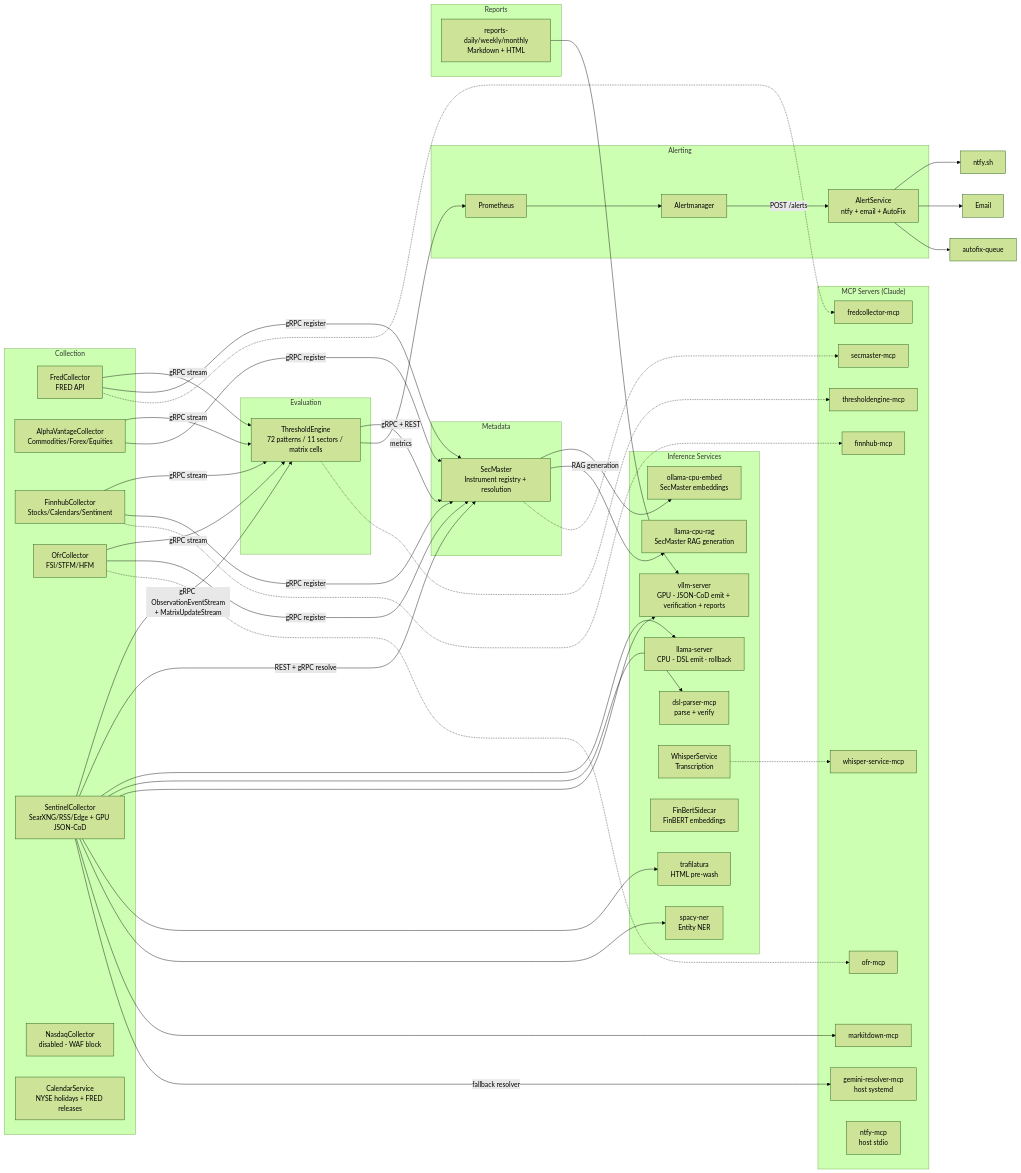
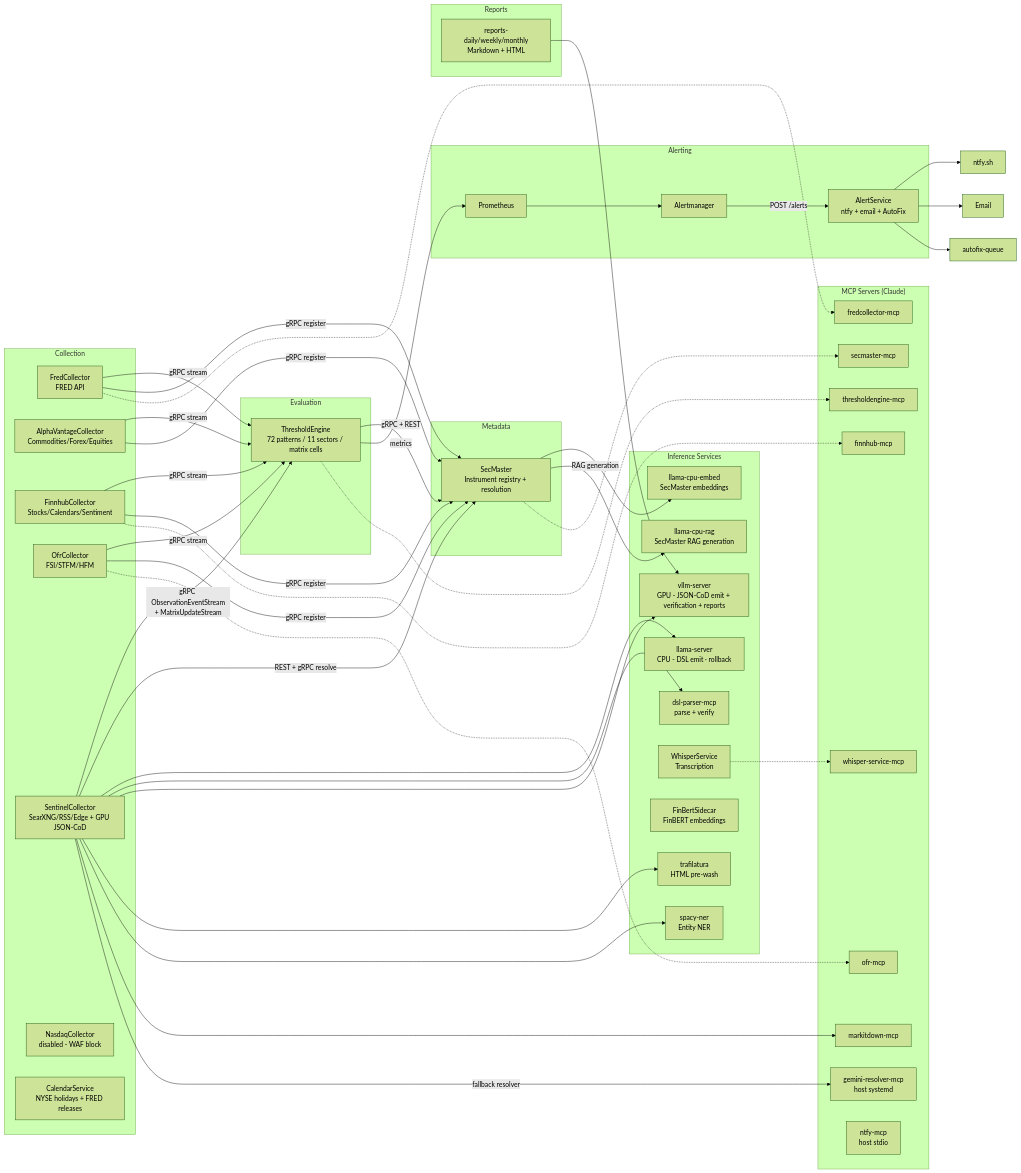
Before and after one commit to jpansarasa/ATLAS-Docs: the first of 5 diagrams in docs/ARCHITECTURE.md, drawn with Mermaid (forest theme). The commit also changed other lines of this file and 8 other files, not shown here.

```diff
--- a/docs/ARCHITECTURE.md
+++ b/docs/ARCHITECTURE.md
@@ -35,7 +35,7 @@
         DSL[dsl-parser-mcp<br/>parse + verify]
         LS[llama-server<br/>CPU - DSL emit · rollback]
         LCR[llama-cpu-rag<br/>SecMaster RAG generation]
-        OE[ollama-cpu-embed<br/>SecMaster embeddings]
+        OE[llama-cpu-embed<br/>SecMaster embeddings]
         WS[WhisperService<br/>Transcription]
         FB[FinBertSidecar<br/>FinBERT embeddings]
         TRF[trafilatura<br/>HTML pre-wash]
```
